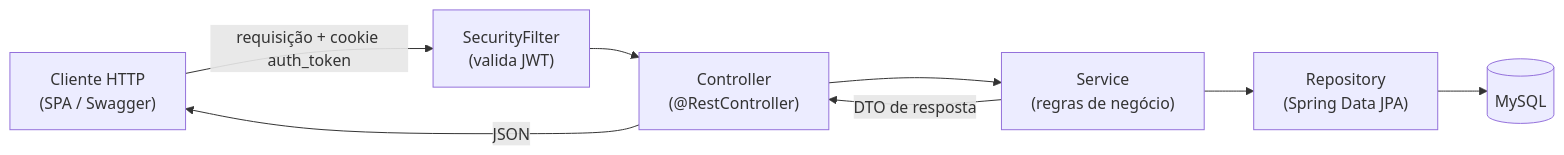
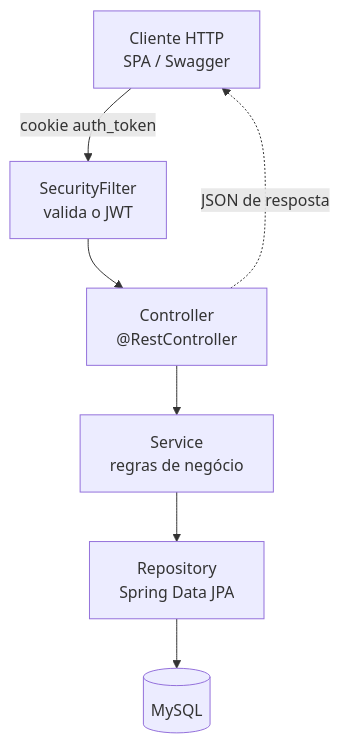
One commit to Thalles-Nascimento/zenix-app changed the first of 2 diagrams in backend/README.md. Above: the diagram before and after it, drawn with Mermaid. The commit also changed other lines of this file, not shown here.

````diff
--- a/backend/README.md
+++ b/backend/README.md
@@ -22,10 +22,16 @@
 ```mermaid
-flowchart LR
-    Client["Cliente HTTP\n(SPA / Swagger)"] -->|"requisição + cookie auth_token"| Filter["SecurityFilter\n(valida JWT)"]
-    Filter --> Controller["Controller\n(@RestController)"]
-    Controller --> Service["Service\n(regras de negócio)"]
-    Service --> Repository["Repository\n(Spring Data JPA)"]
-    Repository --> DB[("MySQL")]
-    Service -->|"DTO de resposta"| Controller
-    Controller -->|"JSON"| Client
+flowchart TD
+    Client["Cliente HTTP<br/>SPA / Swagger"]
+    Filter["SecurityFilter<br/>valida o JWT"]
+    Controller["Controller<br/>@RestController"]
+    Service["Service<br/>regras de negócio"]
+    Repository["Repository<br/>Spring Data JPA"]
+    DB[("MySQL")]
+
+    Client -->|"cookie auth_token"| Filter
+    Filter --> Controller
+    Controller --> Service
+    Service --> Repository
+    Repository --> DB
+    Controller -.->|"JSON de resposta"| Client
 ```
````
